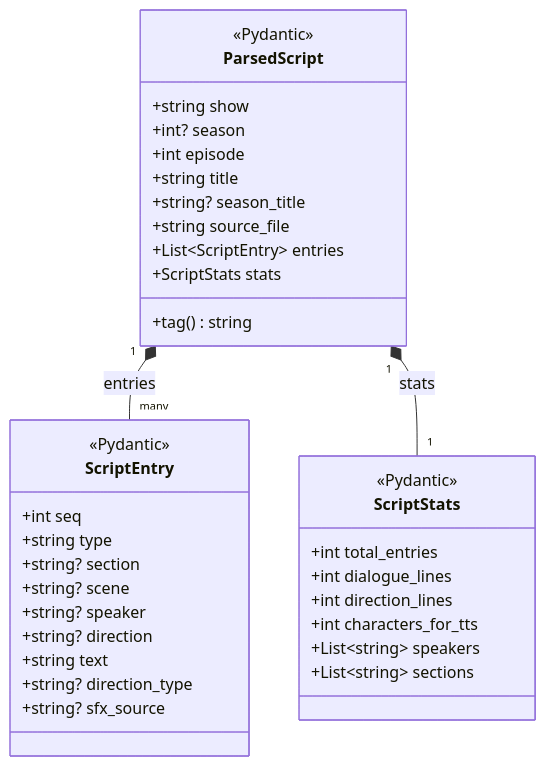
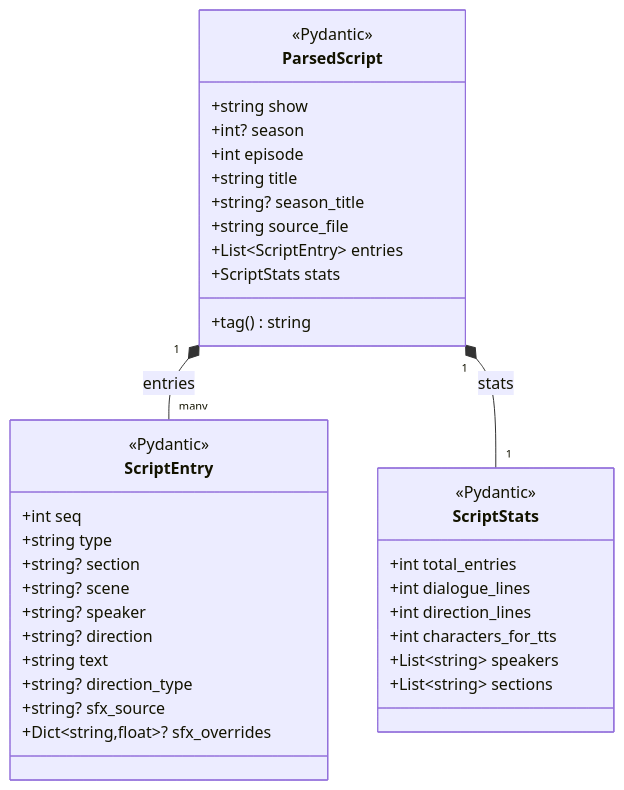
Before and after one commit to xilcmd/xil-pipeline: diagram 29 of 33 in docs/pipeline.md, drawn with Mermaid. The commit also changed other lines of this file and 14 other files, not shown here.

````diff
--- a/docs/pipeline.md
+++ b/docs/pipeline.md
@@ -2010,38 +2054,39 @@
 ```mermaid
 classDiagram
     class ParsedScript {
         <<Pydantic>>
         +string show
         +int? season
         +int episode
         +string title
         +string? season_title
         +string source_file
         +List~ScriptEntry~ entries
         +ScriptStats stats
         +tag() string
     }
     class ScriptEntry {
         <<Pydantic>>
         +int seq
         +string type
         +string? section
         +string? scene
         +string? speaker
         +string? direction
         +string text
         +string? direction_type
         +string? sfx_source
+        +Dict~string,float~? sfx_overrides
     }
     class ScriptStats {
         <<Pydantic>>
         +int total_entries
         +int dialogue_lines
         +int direction_lines
         +int characters_for_tts
         +List~string~ speakers
         +List~string~ sections
     }
     ParsedScript "1" *-- "many" ScriptEntry : entries
     ParsedScript "1" *-- "1" ScriptStats : stats
 ```
````
